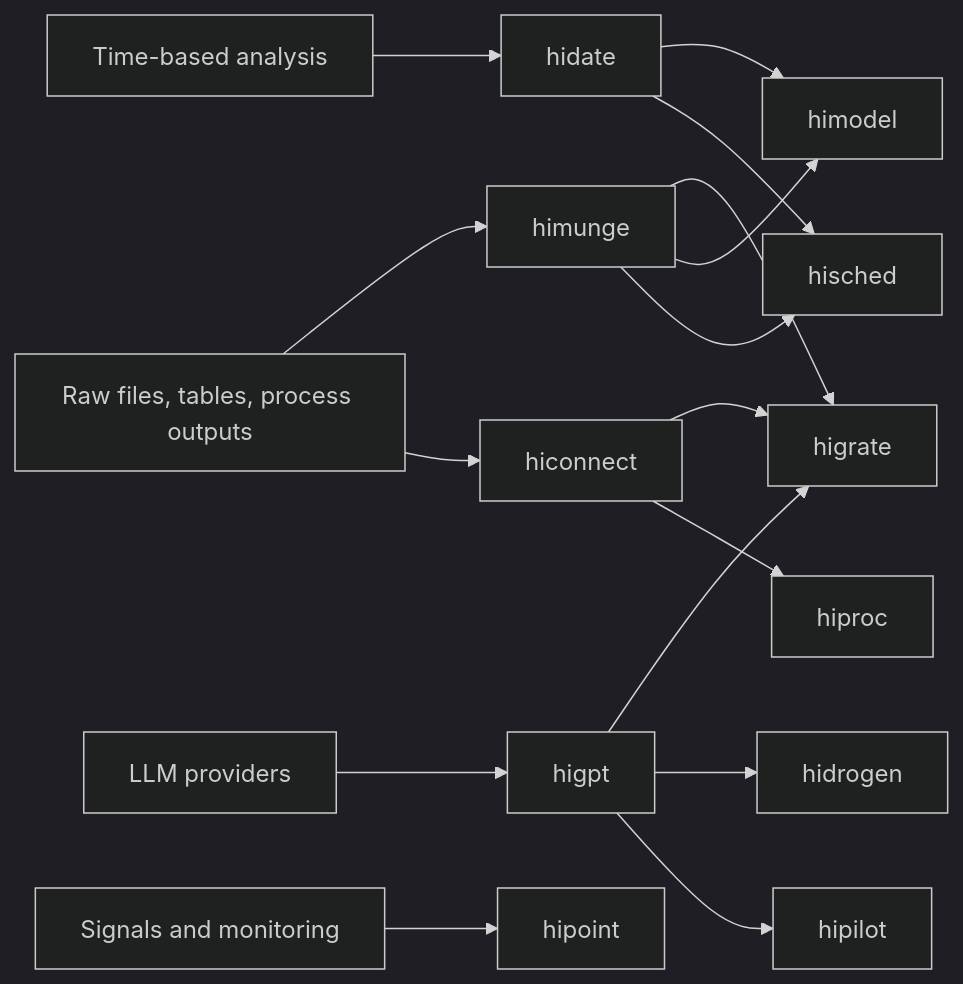
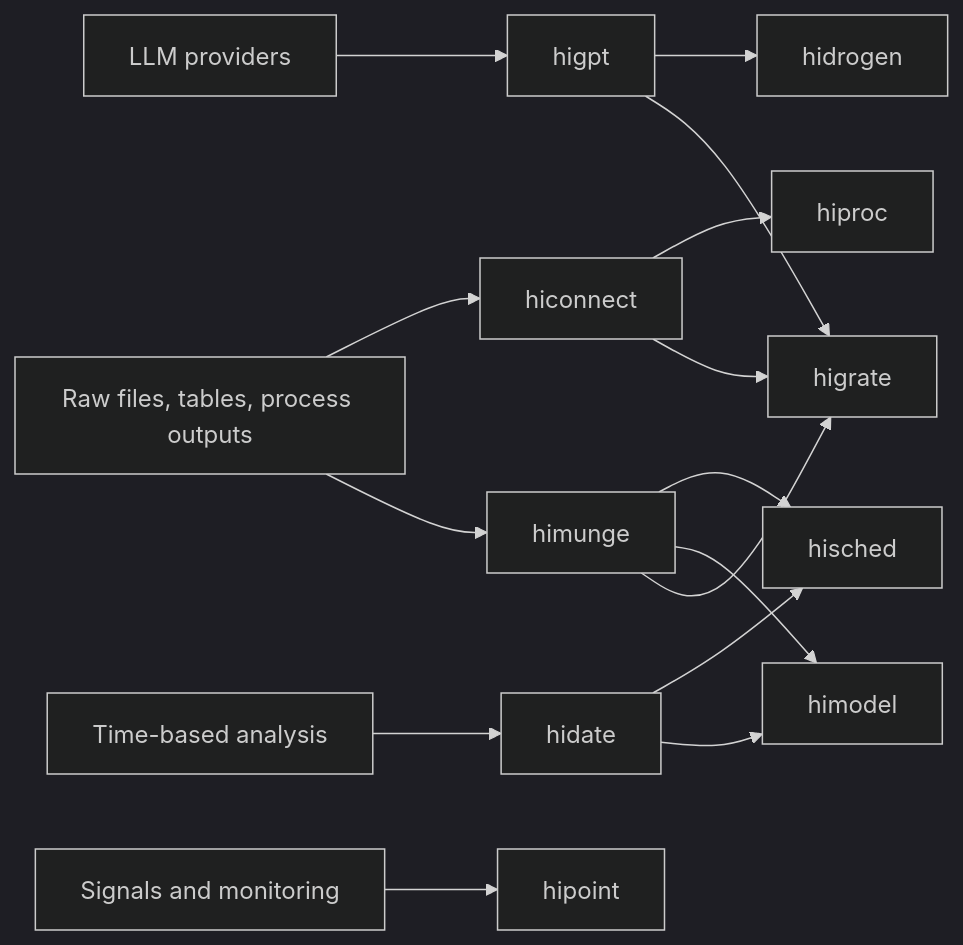
Before and after one commit to DarioFanucchi/HiverseBook: the diagram in index.qmd, drawn with Mermaid (dark theme). The commit also changed other lines of this file and 18 other files, not shown here.

````diff
--- a/index.qmd
+++ b/index.qmd
@@ -28,18 +28,17 @@
 ```{mermaid}
 flowchart LR
   A["Raw files, tables, process outputs"] --> B["himunge"]
   A --> C["hiconnect"]
   B --> D["higrate"]
   C --> D
   B --> E["himodel"]
   C --> F["hiproc"]
   B --> G["hisched"]
   H["LLM providers"] --> I["higpt"]
   I --> D
   I --> J["hidrogen"]
-  I --> K["hipilot"]
   L["Time-based analysis"] --> M["hidate"]
   M --> E
   M --> G
   N["Signals and monitoring"] --> O["hipoint"]
 ```
````
